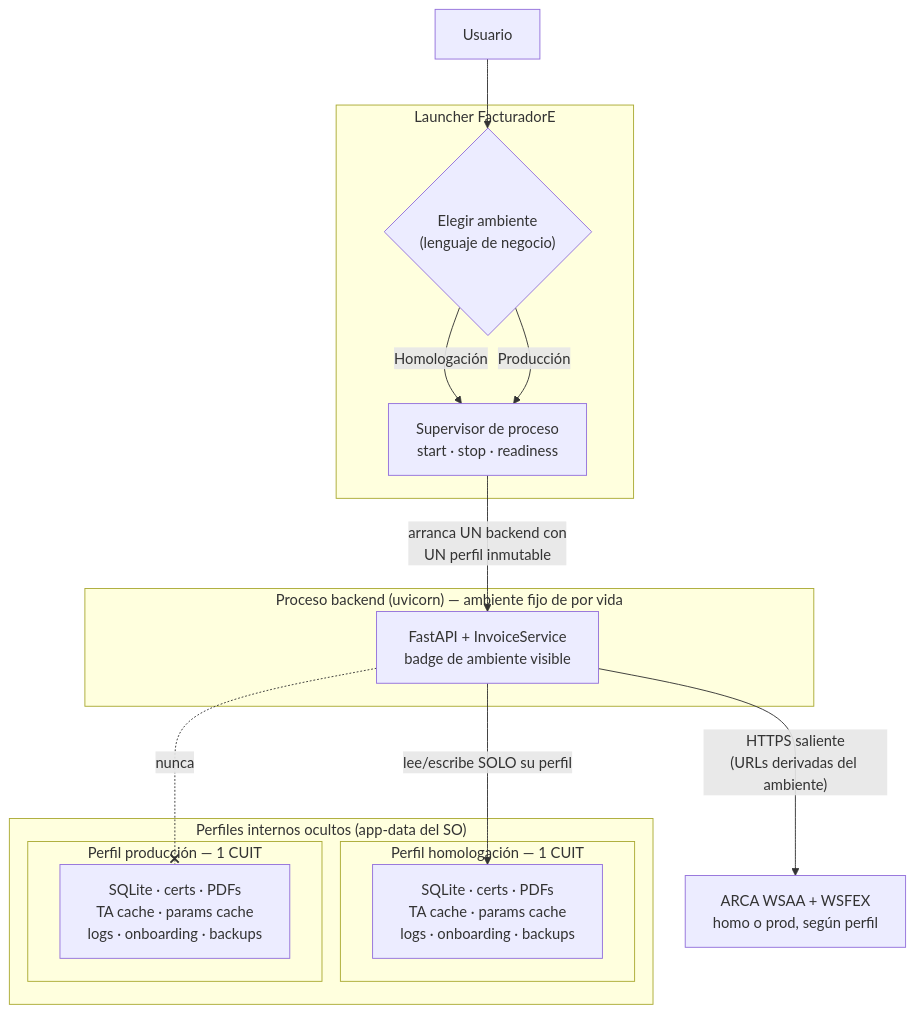
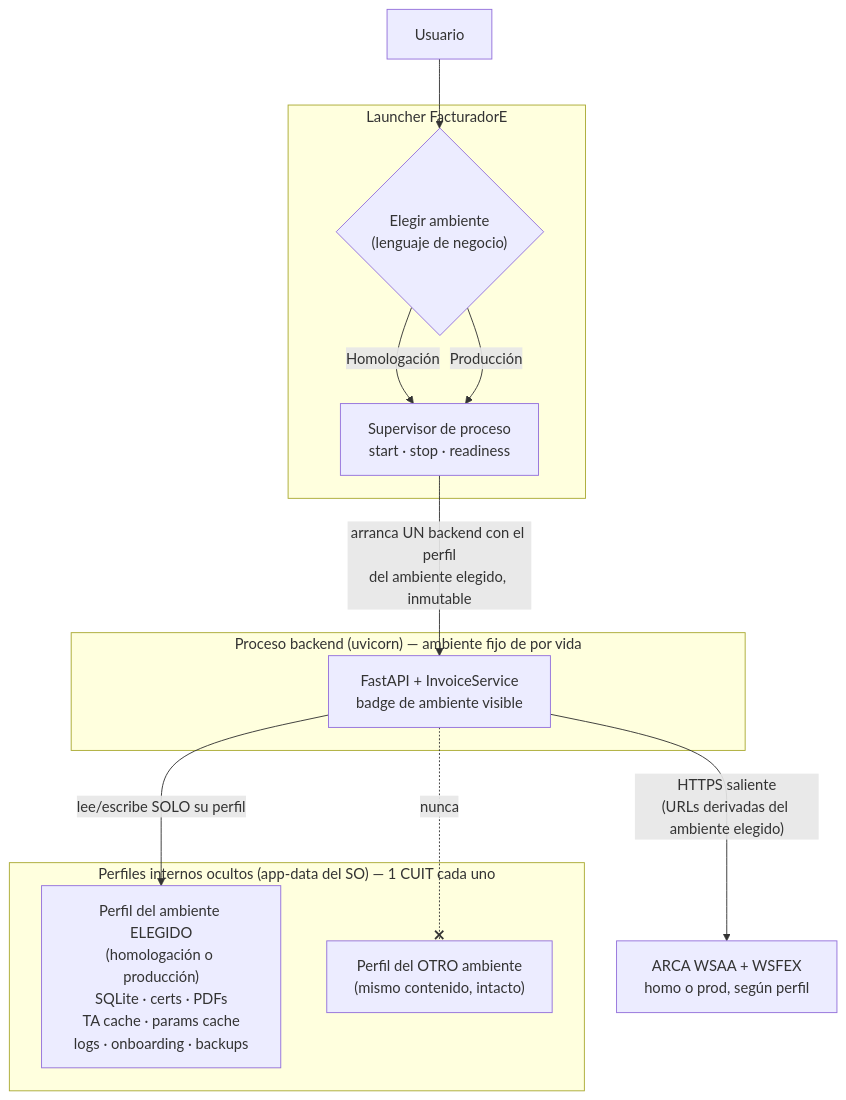
The first of 2 diagrams in docs/adr/0001-perfiles-de-ambiente-aislados.md (FacundoTripelhorn/facturadorE), drawn with Mermaid before and after one commit.

Commit message:
FAC-22: make ADR runtime diagram symmetric over selected environment
The flowchart hard-coded the backend to the homologación profile,
reading as if the production path were forbidden. Show the backend
bound to the selected environment's profile, with the non-selected
profile as the one never touched.

Claude-Session: https://claude.ai/code/session_01TNTPDZ52rxSfQ7yKoiN5HP

````diff
--- a/docs/adr/0001-perfiles-de-ambiente-aislados.md
+++ b/docs/adr/0001-perfiles-de-ambiente-aislados.md
@@ -82,30 +82,26 @@
 ```mermaid
 flowchart TB
   USER["Usuario"] --> CHOICE
 
   subgraph launcher["Launcher FacturadorE"]
     CHOICE{"Elegir ambiente<br/>(lenguaje de negocio)"}
     SUP["Supervisor de proceso<br/>start · stop · readiness"]
     CHOICE -->|"Homologación"| SUP
     CHOICE -->|"Producción"| SUP
   end
 
-  SUP -->|"arranca UN backend con<br/>UN perfil inmutable"| APP
+  SUP -->|"arranca UN backend con el perfil<br/>del ambiente elegido, inmutable"| APP
 
   subgraph backend["Proceso backend (uvicorn) — ambiente fijo de por vida"]
     APP["FastAPI + InvoiceService<br/>badge de ambiente visible"]
   end
 
-  subgraph profiles["Perfiles internos ocultos (app-data del SO)"]
-    subgraph ph["Perfil homologación — 1 CUIT"]
-      PH["SQLite · certs · PDFs<br/>TA cache · params cache<br/>logs · onboarding · backups"]
-    end
-    subgraph pp["Perfil producción — 1 CUIT"]
-      PP["SQLite · certs · PDFs<br/>TA cache · params cache<br/>logs · onboarding · backups"]
-    end
+  subgraph profiles["Perfiles internos ocultos (app-data del SO) — 1 CUIT cada uno"]
+    SEL["Perfil del ambiente ELEGIDO<br/>(homologación o producción)<br/>SQLite · certs · PDFs<br/>TA cache · params cache<br/>logs · onboarding · backups"]
+    OTHER["Perfil del OTRO ambiente<br/>(mismo contenido, intacto)"]
   end
 
-  APP -->|"lee/escribe SOLO su perfil"| PH
-  APP -.-x|"nunca"| PP
-  APP -->|"HTTPS saliente<br/>(URLs derivadas del ambiente)"| ARCA["ARCA WSAA + WSFEX<br/>homo o prod, según perfil"]
+  APP -->|"lee/escribe SOLO su perfil"| SEL
+  APP -.-x|"nunca"| OTHER
+  APP -->|"HTTPS saliente<br/>(URLs derivadas del ambiente elegido)"| ARCA["ARCA WSAA + WSFEX<br/>homo o prod, según perfil"]
 ```
````
